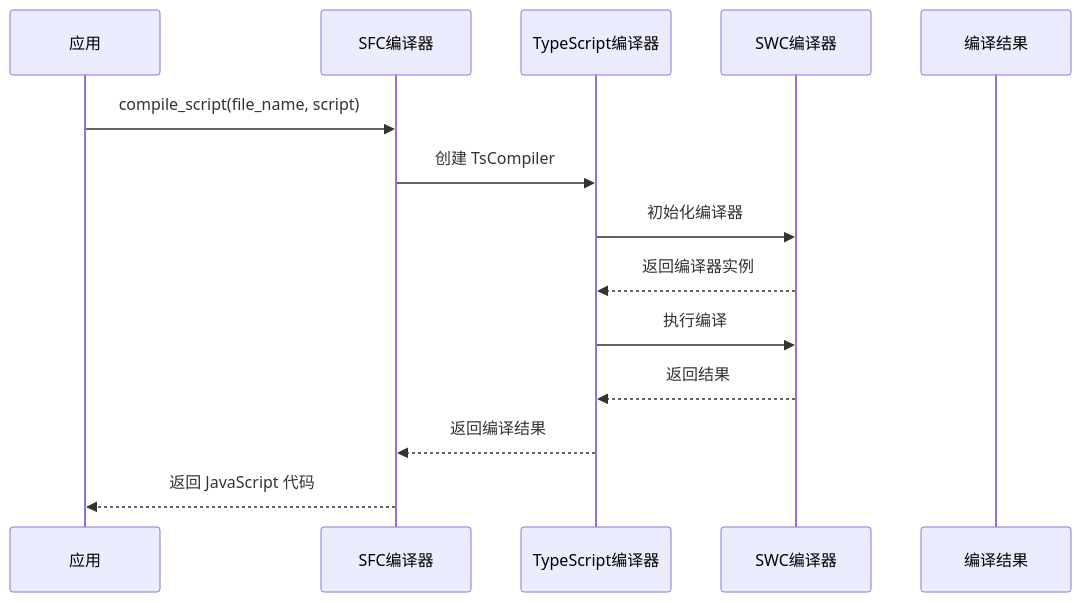
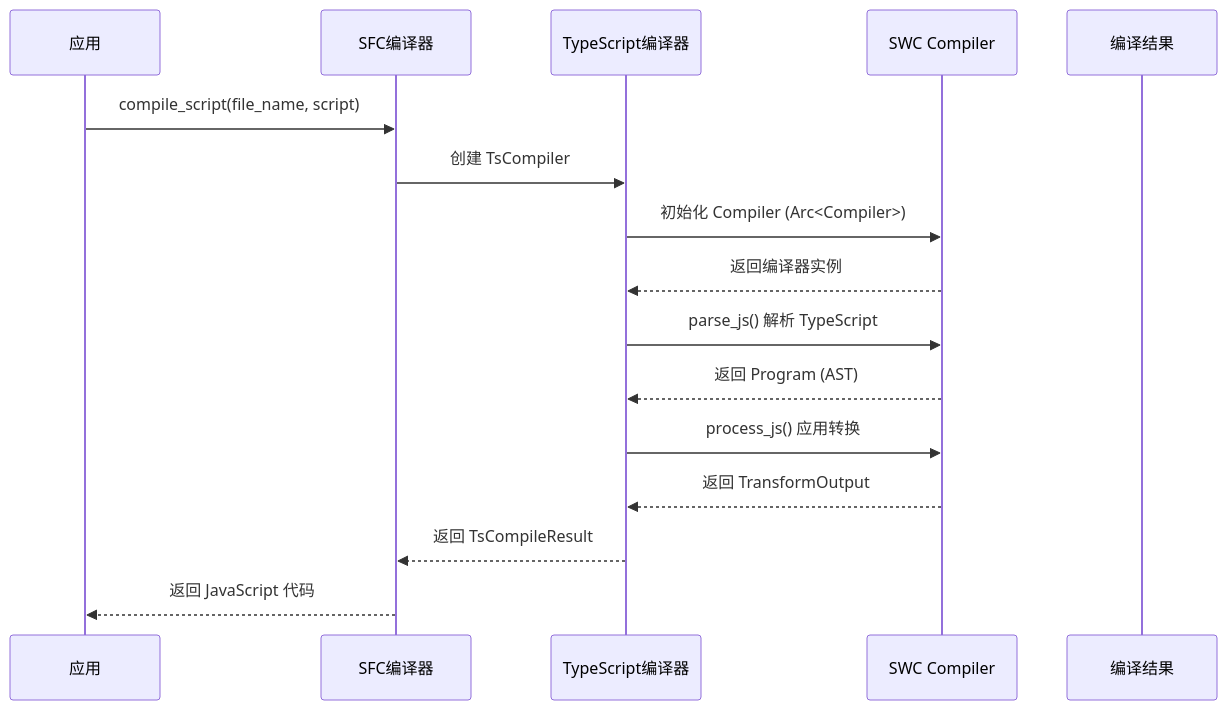
The sixth of 9 diagrams in .qoder/repowiki/zh/content/技术架构详解/即时转译系统/SWC 集成问题报告.md (itszzl-sudo/iris), drawn with Mermaid before and after one commit. The commit also changed other lines of this file and 5 other files, not shown here.

First line of the commit message:
feat: 完成 swc 62 高层 Compiler API 集成

````diff
--- a/.qoder/repowiki/zh/content/技术架构详解/即时转译系统/SWC 集成问题报告.md
+++ b/.qoder/repowiki/zh/content/技术架构详解/即时转译系统/SWC 集成问题报告.md
@@ -290,16 +275,18 @@
 ```mermaid
 sequenceDiagram
 participant App as 应用
 participant SFC as SFC编译器
 participant TS as TypeScript编译器
-participant SWC as SWC编译器
+participant SWC as SWC Compiler
 participant Result as 编译结果
 App->>SFC : compile_script(file_name, script)
 SFC->>TS : 创建 TsCompiler
-TS->>SWC : 初始化编译器
+TS->>SWC : 初始化 Compiler (Arc<Compiler>)
 SWC-->>TS : 返回编译器实例
-TS->>SWC : 执行编译
-SWC-->>TS : 返回结果
-TS-->>SFC : 返回编译结果
+TS->>SWC : parse_js() 解析 TypeScript
+SWC-->>TS : 返回 Program (AST)
+TS->>SWC : process_js() 应用转换
+SWC-->>TS : 返回 TransformOutput
+TS-->>SFC : 返回 TsCompileResult
 SFC-->>App : 返回 JavaScript 代码
 ```
````
